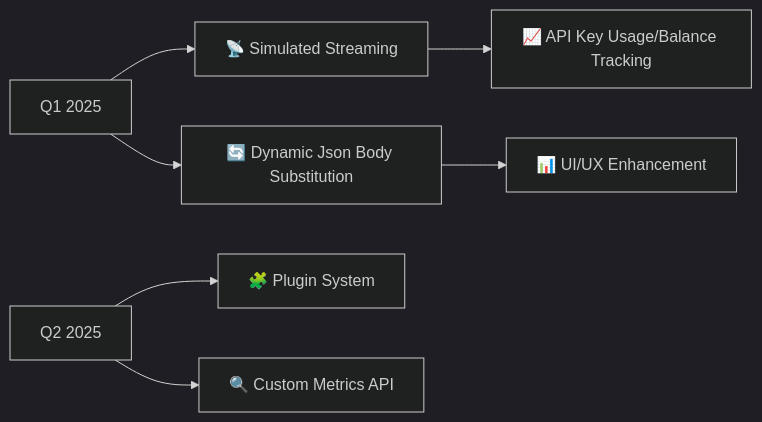
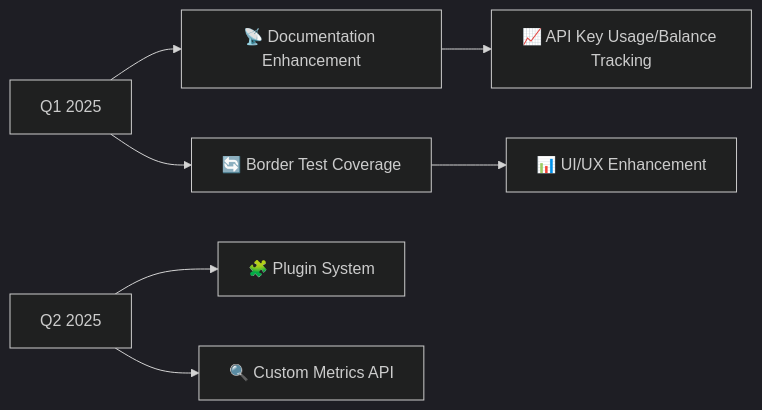
One commit to Nya-Foundation/NyaProxy changed the second of 2 diagrams in README.md. Above: the diagram before and after it, drawn with Mermaid (dark theme). The commit also changed other lines of this file and 33 other files, not shown here.

Commit message:
BREAKING CHANGE: major refactor, add support for request_body_substitution, add support simulated_streaming, refine CI, refine docs

````diff
--- a/README.md
+++ b/README.md
@@ -245,9 +325,9 @@
 ```mermaid
 graph LR
-A[Q1 2025] --> B[📡 Simulated Streaming ]
-A --> C[🔄 Dynamic Json Body Substitution]
+A[Q1 2025] --> B[📡 Documentation Enhancement ]
+A --> C[🔄 Border Test Coverage ]
 B --> D[📈 API Key Usage/Balance Tracking]
 C --> E[📊 UI/UX Enhancement ]
 F[Q2 2025] --> G[🧩 Plugin System]
 F --> H[🔍 Custom Metrics API]
 ```
````
